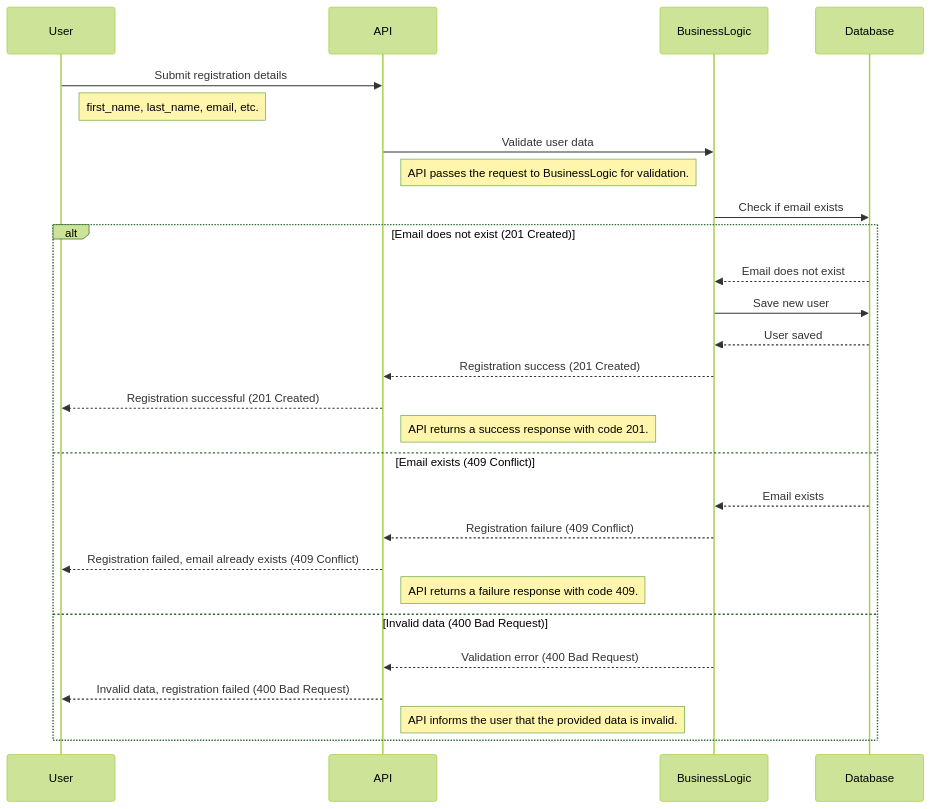
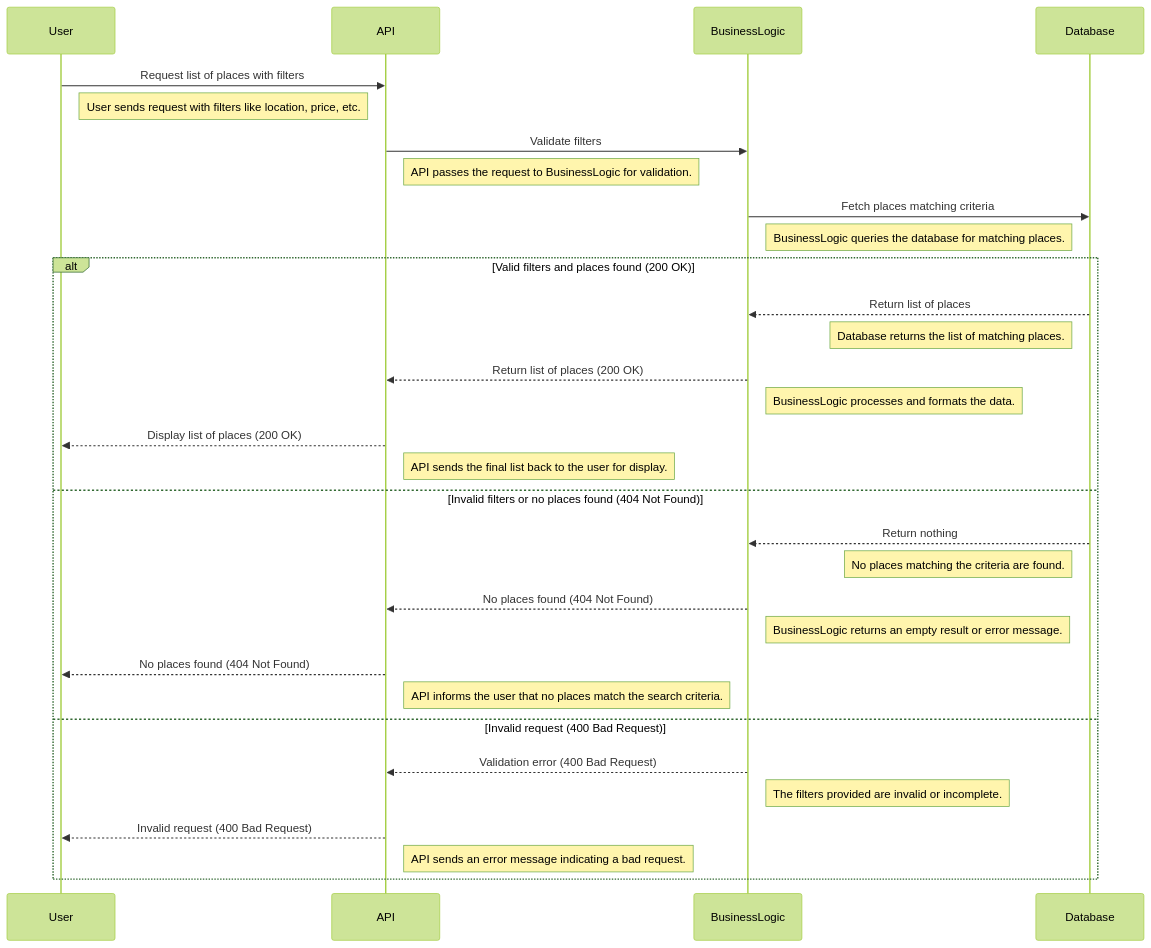
One commit to Basco64/HBNB_UML changed the diagram in 2.listReview.md. Above: the diagram before and after it, drawn with Mermaid (forest theme).

````diff
--- a/2.listReview.md
+++ b/2.listReview.md
@@ -1,34 +1,37 @@
 ```mermaid
 sequenceDiagram
-
     participant User
     participant API
     participant BusinessLogic
     participant Database
 
-    User->>API: Submit registration details
-    note right of User: first_name, last_name, email, etc.
+    User->>API: Request list of places with filters
+    note right of User: User sends request with filters like location, price, etc.
+    
+    API->>BusinessLogic: Validate filters
+    note right of API: API passes the request to BusinessLogic for validation.
+    
+    BusinessLogic->>Database: Fetch places matching criteria
+    note right of BusinessLogic: BusinessLogic queries the database for matching places.
 
-    API->>BusinessLogic: Validate user data
-    note right of API: API passes the request to BusinessLogic for validation.
-
-    BusinessLogic->>Database: Check if email exists
-
-    alt Email does not exist (201 Created)
-        Database-->>BusinessLogic: Email does not exist
-        BusinessLogic->>Database: Save new user
-        Database-->>BusinessLogic: User saved
-        BusinessLogic-->>API: Registration success (201 Created)
-        API-->>User: Registration successful (201 Created)
-        note right of API: API returns a success response with code 201.
-    else Email exists (409 Conflict)
-        Database-->>BusinessLogic: Email exists
-        BusinessLogic-->>API: Registration failure (409 Conflict)
-        API-->>User: Registration failed, email already exists (409 Conflict)
-        note right of API: API returns a failure response with code 409.
-    else Invalid data (400 Bad Request)
+    alt Valid filters and places found (200 OK)
+        Database-->>BusinessLogic: Return list of places
+        note left of Database: Database returns the list of matching places.
+        BusinessLogic-->>API: Return list of places (200 OK)
+        note right of BusinessLogic: BusinessLogic processes and formats the data.
+        API-->>User: Display list of places (200 OK)
+        note right of API: API sends the final list back to the user for display.
+    else Invalid filters or no places found (404 Not Found)
+        Database-->>BusinessLogic: Return nothing
+        note left of Database: No places matching the criteria are found.
+        BusinessLogic-->>API: No places found (404 Not Found)
+        note right of BusinessLogic: BusinessLogic returns an empty result or error message.
+        API-->>User: No places found (404 Not Found)
+        note right of API: API informs the user that no places match the search criteria.
+    else Invalid request (400 Bad Request)
         BusinessLogic-->>API: Validation error (400 Bad Request)
-        API-->>User: Invalid data, registration failed (400 Bad Request)
-        note right of API: API informs the user that the provided data is invalid.
+        note right of BusinessLogic: The filters provided are invalid or incomplete.
+        API-->>User: Invalid request (400 Bad Request)
+        note right of API: API sends an error message indicating a bad request.
     end
 ```
````
